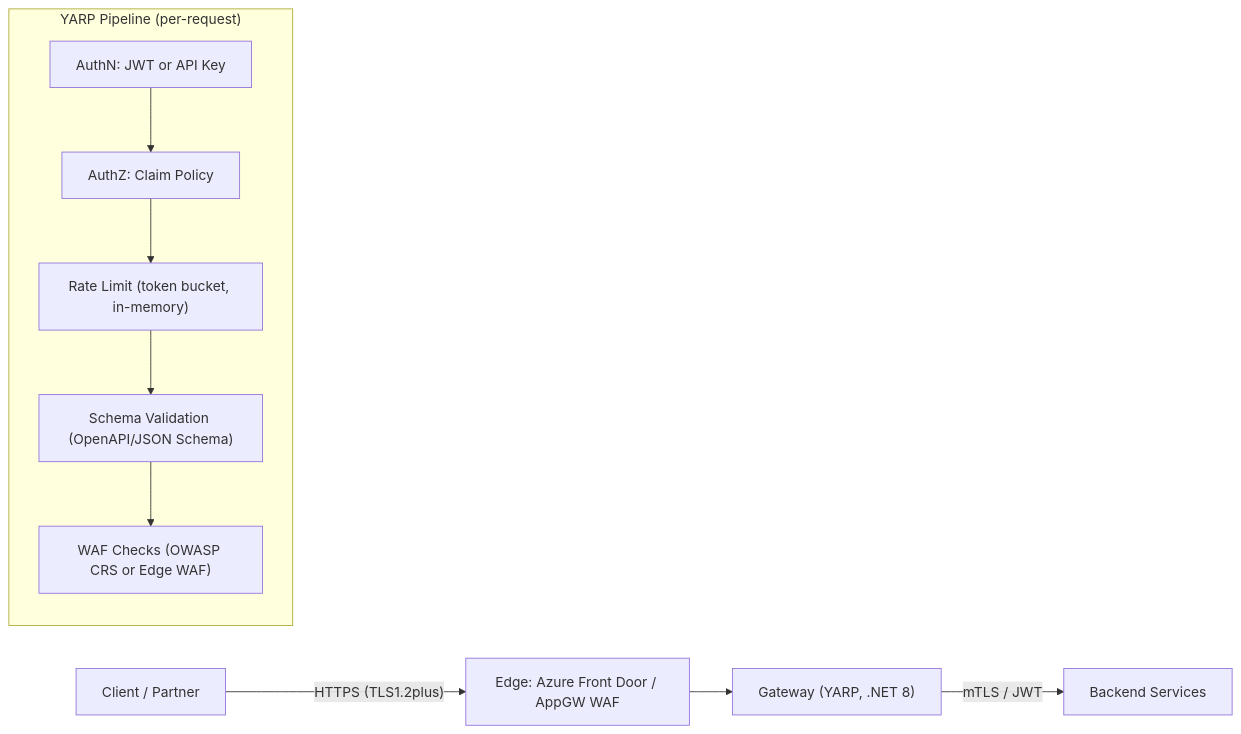
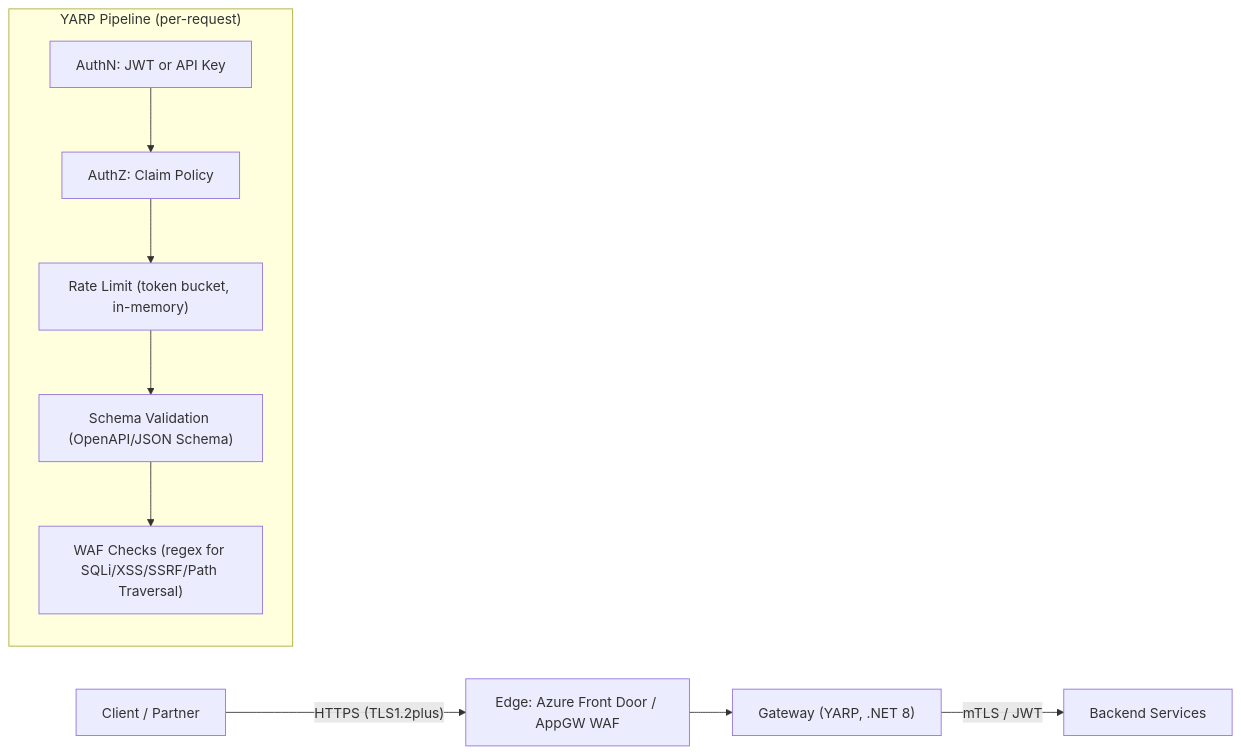
The first of 4 diagrams in docs/arch-overview.md (MatteoRigoni/aegisapi), drawn with Mermaid before and after one commit. The commit also changed other lines of this file and 2 other files, not shown here.

Commit message:
docs: align readme and architecture

````diff
--- a/docs/arch-overview.md
+++ b/docs/arch-overview.md
@@ -7,12 +7,12 @@
 ```mermaid
 flowchart LR
     Client["Client / Partner"] -->|"HTTPS (TLS1.2plus)"| E["Edge: Azure Front Door / AppGW WAF"]
     E --> G["Gateway (YARP, .NET 8)"]
     subgraph "YARP Pipeline (per-request)"
       A1["AuthN: JWT or API Key"] --> A2["AuthZ: Claim Policy"]
       A2 --> A3["Rate Limit (token bucket, in-memory)"]
       A3 --> A4["Schema Validation (OpenAPI/JSON Schema)"]
-      A4 --> A5["WAF Checks (OWASP CRS or Edge WAF)"]
+      A4 --> A5["WAF Checks (regex for SQLi/XSS/SSRF/Path Traversal)"]
     end
     G -->|"mTLS / JWT"| Svc["Backend Services"]
 ```
````
